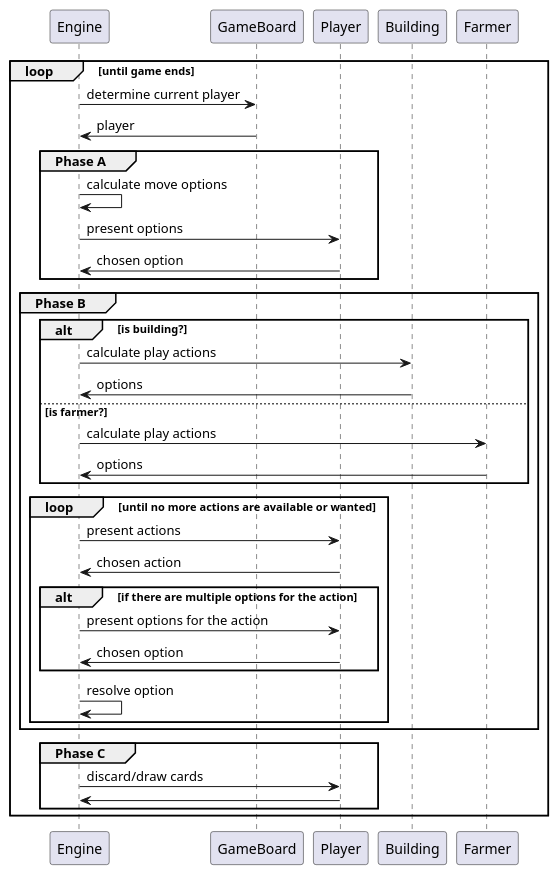
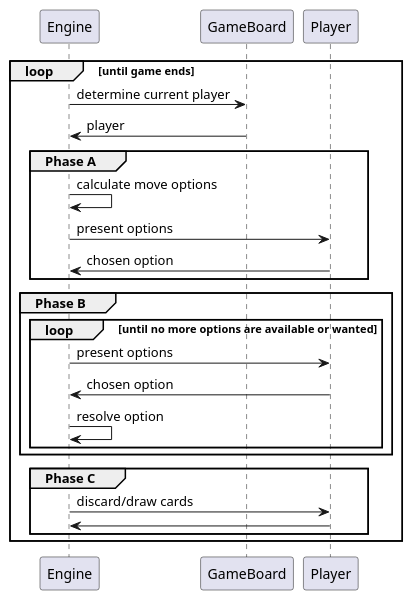
Before and after one commit to mihaeu/gwta: the diagram in README.md, drawn with PlantUML. The commit also changed other lines of this file and 3 other files, not shown here.

````diff
--- a/README.md
+++ b/README.md
@@ -140,40 +11,29 @@
 ```puml
 @startuml
 
 loop until game ends
     Engine -> GameBoard : determine current player
     GameBoard -> Engine : player
     group Phase A
         Engine -> Engine : calculate move options
         Engine -> Player : present options
         Player -> Engine : chosen option
     end
 
     group Phase B
-        alt is building?
-            Engine -> Building : calculate play actions
-            Building -> Engine : options
-        else is farmer?
-            Engine -> Farmer : calculate play actions
-            Farmer -> Engine : options
-        end
-        loop until no more actions are available or wanted
-            Engine -> Player : present actions
-            Player -> Engine : chosen action
-            alt if there are multiple options for the action
-            Engine -> Player : present options for the action
+        loop until no more options are available or wanted
+            Engine -> Player : present options
             Player -> Engine : chosen option
-            end
             Engine -> Engine : resolve option
         end
     end
 
     group Phase C
         Engine -> Player : discard/draw cards
         Player -> Engine
     end
 end
 
 @enduml
 
 ```
````
